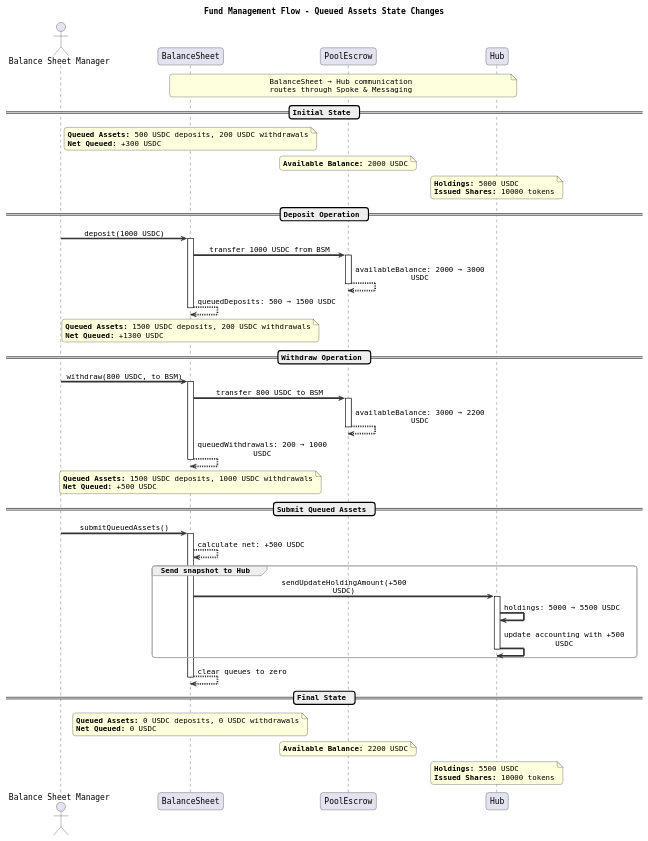
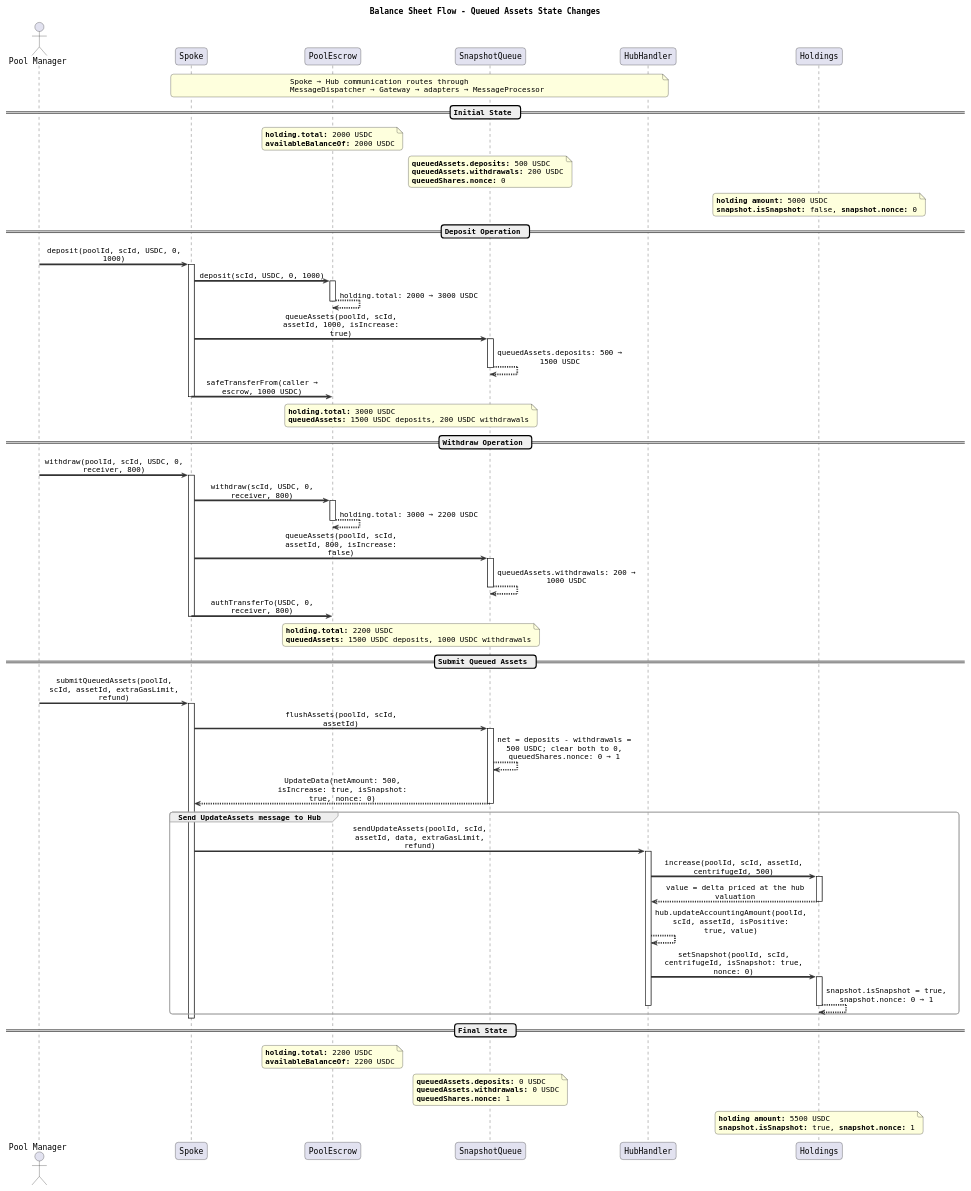
One commit to centrifuge/protocol changed the diagram in docs/architecture/core/spoke/balance-sheet.puml. Above: the diagram before and after it, drawn with PlantUML. The commit also changed 446 other files, not shown here.

```diff
--- a/docs/architecture/core/spoke/balance-sheet.puml
+++ b/docs/architecture/core/spoke/balance-sheet.puml
@@ -1,104 +1,128 @@
 @startuml
-title Fund Management Flow - Queued Assets State Changes
+title Balance Sheet Flow - Queued Assets State Changes
 
 skinparam sequenceArrowThickness 3
 skinparam backgroundColor white
 skinparam sequenceMessageAlign center
 skinparam maxMessageSize 250
 skinparam roundcorner 10
 skinparam shadowing false
 skinparam defaultFontName "Monospaced"
 
 skinparam sequence {
     ArrowColor #333333
     BoxBorderColor #999999
     BoxBackgroundColor #F9F9F9
     GroupBorderColor #AAAAAA
     GroupBackgroundColor #EEEEEE
 }
 
-actor "Balance Sheet Manager" as BSM
-participant BalanceSheet
+actor "Pool Manager" as PM
+participant Spoke
 participant PoolEscrow
-participant "Hub" as Hub
+participant SnapshotQueue
+participant HubHandler
+participant Holdings
 
-note over BalanceSheet, Hub
-    BalanceSheet → Hub communication
-    routes through Spoke & Messaging
+note over Spoke, HubHandler
+    Spoke → Hub communication routes through
+    MessageDispatcher → Gateway → adapters → MessageProcessor
 end note
 
 == Initial State ==
-note over BalanceSheet
-    **Queued Assets:** 500 USDC deposits, 200 USDC withdrawals
-    **Net Queued:** +300 USDC
+note over PoolEscrow
+    **holding.total:** 2000 USDC
+    **availableBalanceOf:** 2000 USDC
 end note
 
-note over PoolEscrow
-    **Available Balance:** 2000 USDC
+note over SnapshotQueue
+    **queuedAssets.deposits:** 500 USDC
+    **queuedAssets.withdrawals:** 200 USDC
+    **queuedShares.nonce:** 0
 end note
 
-note over Hub
-    **Holdings:** 5000 USDC
-    **Issued Shares:** 10000 tokens
+note over Holdings
+    **holding amount:** 5000 USDC
+    **snapshot.isSnapshot:** false, **snapshot.nonce:** 0
 end note
 
 == Deposit Operation ==
-BSM -> BalanceSheet: deposit(1000 USDC)
-activate BalanceSheet
-BalanceSheet -> PoolEscrow: transfer 1000 USDC from BSM
+PM -> Spoke: deposit(poolId, scId, USDC, 0, 1000)
+activate Spoke
+Spoke -> PoolEscrow: deposit(scId, USDC, 0, 1000)
 activate PoolEscrow
-PoolEscrow --> PoolEscrow: availableBalance: 2000 → 3000 USDC
+PoolEscrow --> PoolEscrow: holding.total: 2000 → 3000 USDC
 deactivate PoolEscrow
-BalanceSheet --> BalanceSheet: queuedDeposits: 500 → 1500 USDC
-deactivate BalanceSheet
+Spoke -> SnapshotQueue: queueAssets(poolId, scId, assetId, 1000, isIncrease: true)
+activate SnapshotQueue
+SnapshotQueue --> SnapshotQueue: queuedAssets.deposits: 500 → 1500 USDC
+deactivate SnapshotQueue
+Spoke -> PoolEscrow: safeTransferFrom(caller → escrow, 1000 USDC)
+deactivate Spoke
 
-note over BalanceSheet
-    **Queued Assets:** 1500 USDC deposits, 200 USDC withdrawals
-    **Net Queued:** +1300 USDC
+note over PoolEscrow, SnapshotQueue
+    **holding.total:** 3000 USDC
+    **queuedAssets:** 1500 USDC deposits, 200 USDC withdrawals
 end note
 
 == Withdraw Operation ==
-BSM -> BalanceSheet: withdraw(800 USDC, to BSM)
-activate BalanceSheet
-BalanceSheet -> PoolEscrow: transfer 800 USDC to BSM
+PM -> Spoke: withdraw(poolId, scId, USDC, 0, receiver, 800)
+activate Spoke
+Spoke -> PoolEscrow: withdraw(scId, USDC, 0, receiver, 800)
 activate PoolEscrow
-PoolEscrow --> PoolEscrow: availableBalance: 3000 → 2200 USDC
+PoolEscrow --> PoolEscrow: holding.total: 3000 → 2200 USDC
 deactivate PoolEscrow
-BalanceSheet --> BalanceSheet: queuedWithdrawals: 200 → 1000 USDC
-deactivate BalanceSheet
+Spoke -> SnapshotQueue: queueAssets(poolId, scId, assetId, 800, isIncrease: false)
+activate SnapshotQueue
+SnapshotQueue --> SnapshotQueue: queuedAssets.withdrawals: 200 → 1000 USDC
+deactivate SnapshotQueue
+Spoke -> PoolEscrow: authTransferTo(USDC, 0, receiver, 800)
+deactivate Spoke
 
-note over BalanceSheet
-    **Queued Assets:** 1500 USDC deposits, 1000 USDC withdrawals
-    **Net Queued:** +500 USDC
+note over PoolEscrow, SnapshotQueue
+    **holding.total:** 2200 USDC
+    **queuedAssets:** 1500 USDC deposits, 1000 USDC withdrawals
 end note
 
 == Submit Queued Assets ==
-BSM -> BalanceSheet: submitQueuedAssets()
-activate BalanceSheet
-BalanceSheet --> BalanceSheet: calculate net: +500 USDC
-group Send snapshot to Hub
-BalanceSheet -> Hub: sendUpdateHoldingAmount(+500 USDC)
-activate Hub
-Hub -> Hub: holdings: 5000 → 5500 USDC
-Hub -> Hub: update accounting with +500 USDC
-deactivate Hub
+PM -> Spoke: submitQueuedAssets(poolId, scId, assetId, extraGasLimit, refund)
+activate Spoke
+Spoke -> SnapshotQueue: flushAssets(poolId, scId, assetId)
+activate SnapshotQueue
+SnapshotQueue --> SnapshotQueue: net = deposits - withdrawals = 500 USDC; clear both to 0, queuedShares.nonce: 0 → 1
+SnapshotQueue --> Spoke: UpdateData(netAmount: 500, isIncrease: true, isSnapshot: true, nonce: 0)
+deactivate SnapshotQueue
+group Send UpdateAssets message to Hub
+Spoke -> HubHandler: sendUpdateAssets(poolId, scId, assetId, data, extraGasLimit, refund)
+activate HubHandler
+HubHandler -> Holdings: increase(poolId, scId, assetId, centrifugeId, 500)
+activate Holdings
+Holdings --> HubHandler: value = delta priced at the hub valuation
+deactivate Holdings
+HubHandler --> HubHandler: hub.updateAccountingAmount(poolId, scId, assetId, isPositive: true, value)
+HubHandler -> Holdings: setSnapshot(poolId, scId, centrifugeId, isSnapshot: true, nonce: 0)
+activate Holdings
+Holdings --> Holdings: snapshot.isSnapshot = true, snapshot.nonce: 0 → 1
+deactivate Holdings
+deactivate HubHandler
 end
-BalanceSheet --> BalanceSheet: clear queues to zero
-deactivate BalanceSheet
+deactivate Spoke
 
 == Final State ==
-note over BalanceSheet
-    **Queued Assets:** 0 USDC deposits, 0 USDC withdrawals
-    **Net Queued:** 0 USDC
+note over PoolEscrow
+    **holding.total:** 2200 USDC
+    **availableBalanceOf:** 2200 USDC
 end note
 
-note over PoolEscrow
-    **Available Balance:** 2200 USDC
+note over SnapshotQueue
+    **queuedAssets.deposits:** 0 USDC
+    **queuedAssets.withdrawals:** 0 USDC
+    **queuedShares.nonce:** 1
 end note
 
-note over Hub
-    **Holdings:** 5500 USDC
-    **Issued Shares:** 10000 tokens
+note over Holdings
+    **holding amount:** 5500 USDC
+    **snapshot.isSnapshot:** true, **snapshot.nonce:** 1
 end note
 
-@enduml 
+@enduml
```
